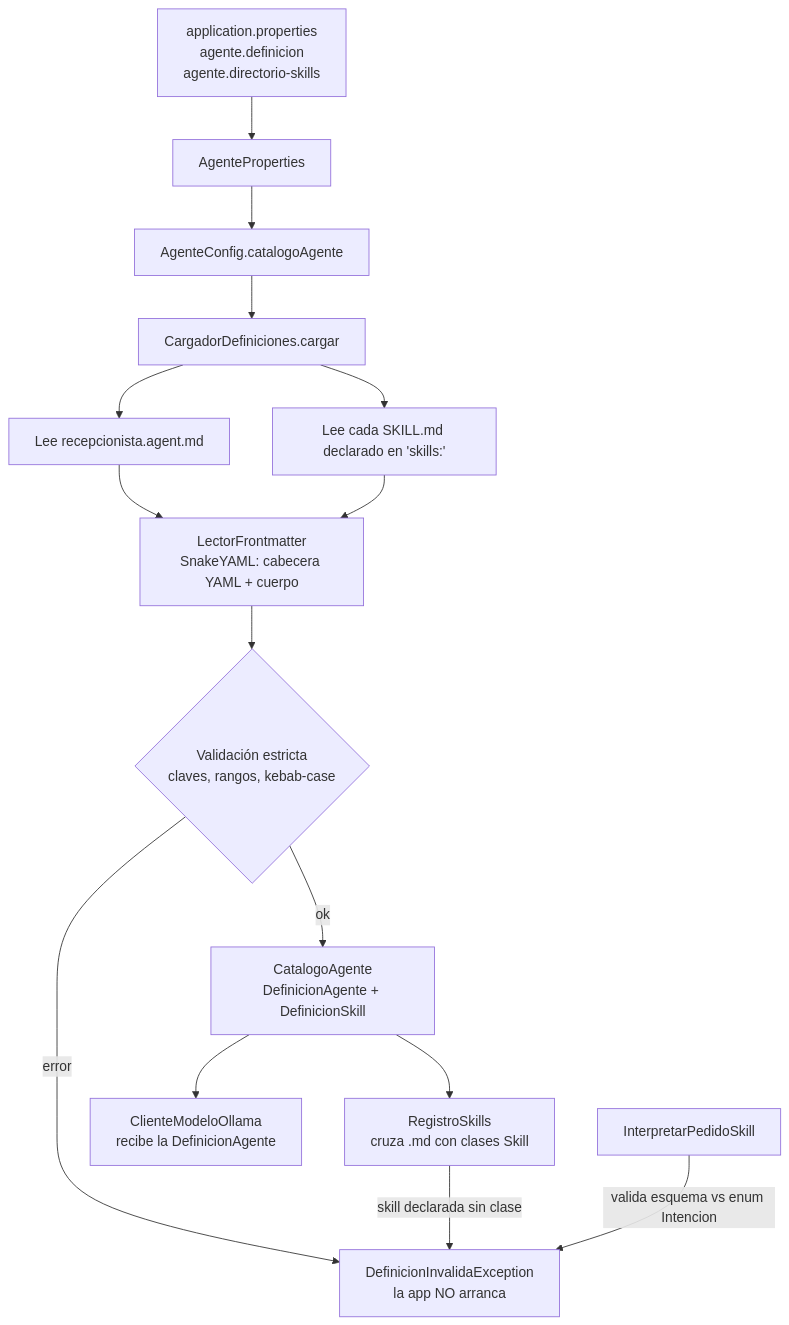
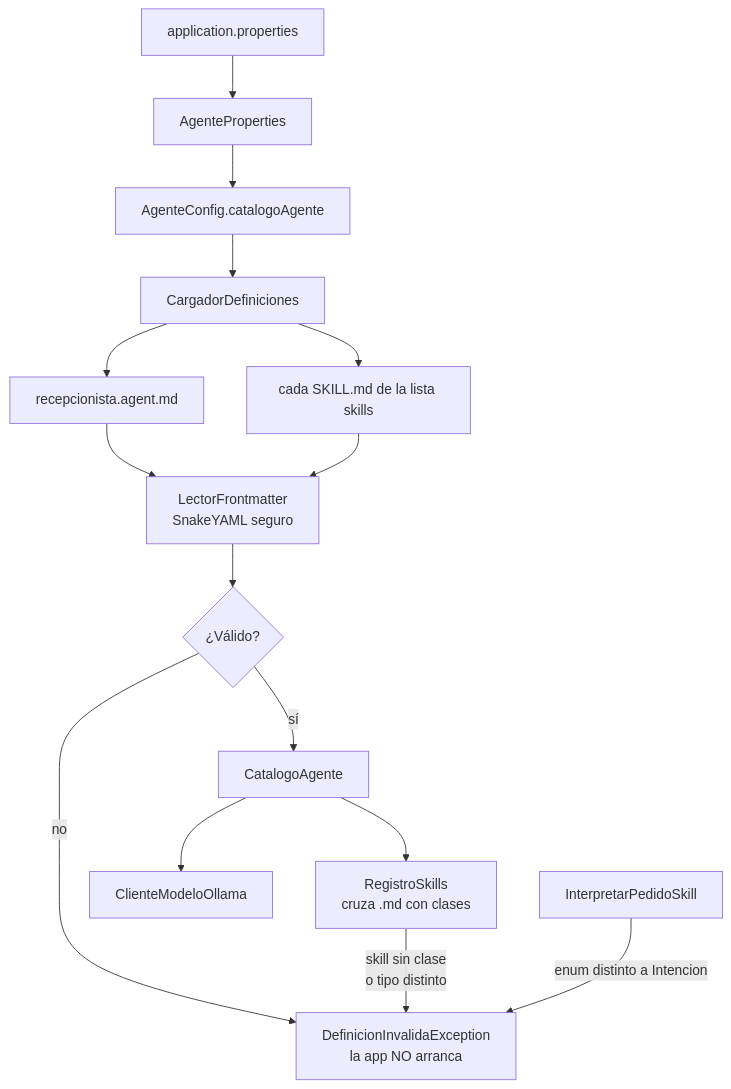
The fifth of 9 diagrams in src/main/java/com/up/peluqueria/agente/README.md (glaime/peluqueria-agente), drawn with Mermaid before and after one commit. The commit also changed other lines of this file, not shown here.

Commit message:
docs(agente): actualiza README del paquete agente

````diff
--- a/src/main/java/com/up/peluqueria/agente/README.md
+++ b/src/main/java/com/up/peluqueria/agente/README.md
@@ -99,17 +529,16 @@
 ```mermaid
 flowchart TD
-    A[application.properties<br/>agente.definicion<br/>agente.directorio-skills] --> B[AgenteProperties]
-    B --> C[AgenteConfig.catalogoAgente]
-    C --> D[CargadorDefiniciones.cargar]
-    D --> E[Lee recepcionista.agent.md]
-    D --> F[Lee cada SKILL.md declarado en 'skills:']
-    E --> G[LectorFrontmatter<br/>SnakeYAML: cabecera YAML + cuerpo]
-    F --> G
-    G --> H{Validación estricta<br/>claves, rangos, kebab-case}
-    H -- error --> X[DefinicionInvalidaException<br/>la app NO arranca]
-    H -- ok --> I[CatalogoAgente<br/>DefinicionAgente + DefinicionSkill]
-    I --> J[RegistroSkills<br/>cruza .md con clases Skill]
-    I --> K[ClienteModeloOllama<br/>recibe la DefinicionAgente]
-    J -- skill declarada sin clase --> X
-    L[InterpretarPedidoSkill] -- valida esquema vs enum Intencion --> X
+    A["application.properties"] --> B["AgenteProperties"]
+    B --> C["AgenteConfig.catalogoAgente"]
+    C --> D["CargadorDefiniciones"]
+    D --> E["recepcionista.agent.md"]
+    D --> F["cada SKILL.md de la lista skills"]
+    E & F --> G["LectorFrontmatter<br/>SnakeYAML seguro"]
+    G --> H{"¿Válido?"}
+    H -- no --> X["DefinicionInvalidaException<br/>la app NO arranca"]
+    H -- sí --> I["CatalogoAgente"]
+    I --> J["RegistroSkills<br/>cruza .md con clases"]
+    I --> K["ClienteModeloOllama"]
+    J -- "skill sin clase<br/>o tipo distinto" --> X
+    L["InterpretarPedidoSkill"] -- "enum distinto a Intencion" --> X
 ```
````
